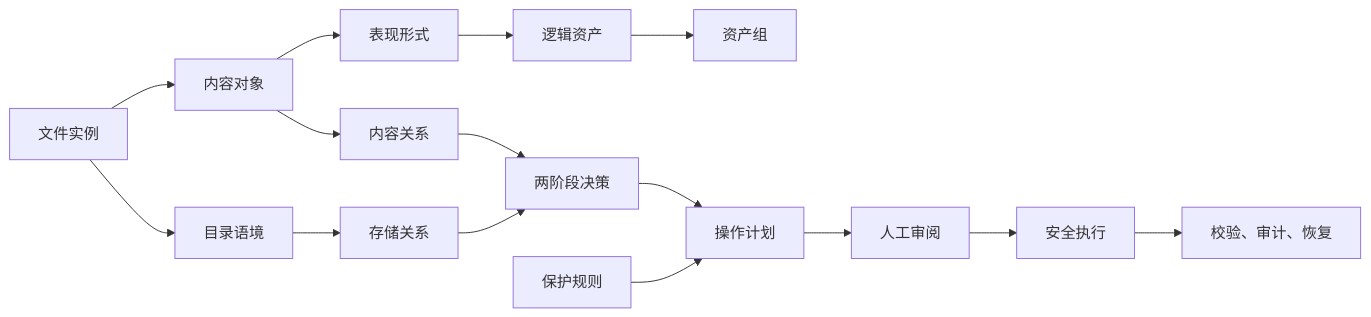
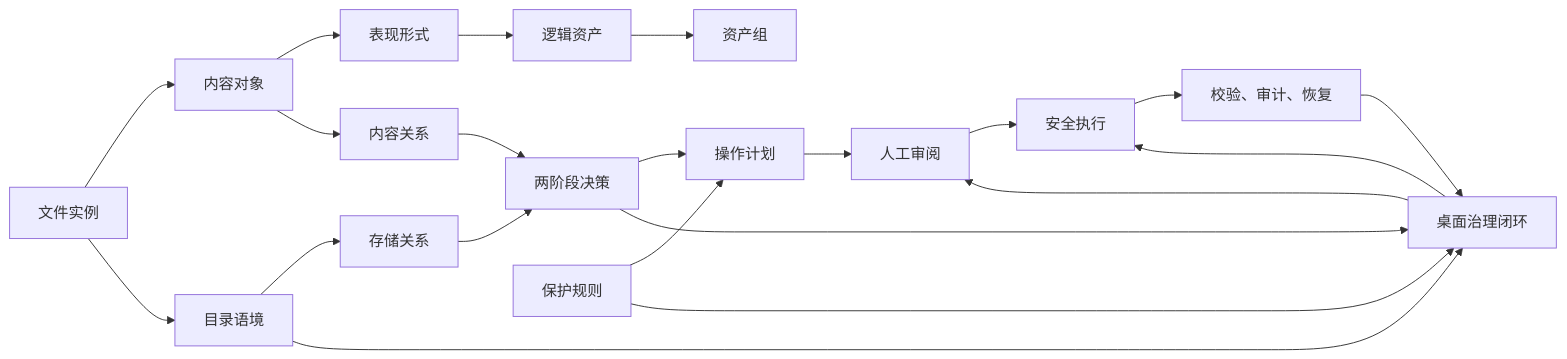
The diagram in knowledge/maps/knowledge-map.md (FNB2026/nas-data-governance), drawn with Mermaid before and after one commit. The commit also changed other lines of this file and 169 other files, not shown here.

````diff
--- a/knowledge/maps/knowledge-map.md
+++ b/knowledge/maps/knowledge-map.md
@@ -3,17 +3,23 @@
 ```mermaid
 flowchart LR
   FI[文件实例] --> CO[内容对象]
   CO --> RP[表现形式]
   RP --> AS[逻辑资产]
   AS --> AG[资产组]
   FI --> DC[目录语境]
   CO --> CR[内容关系]
   DC --> SR[存储关系]
   CR --> DM[两阶段决策]
   SR --> DM
   DM --> OP[操作计划]
   PP[保护规则] --> OP
   OP --> RV[人工审阅]
   RV --> EX[安全执行]
   EX --> AU[校验、审计、恢复]
+  DC --> UI[桌面治理闭环]
+  DM --> UI
+  PP --> UI
+  UI --> RV
+  UI --> EX
+  AU --> UI
 ```
````
